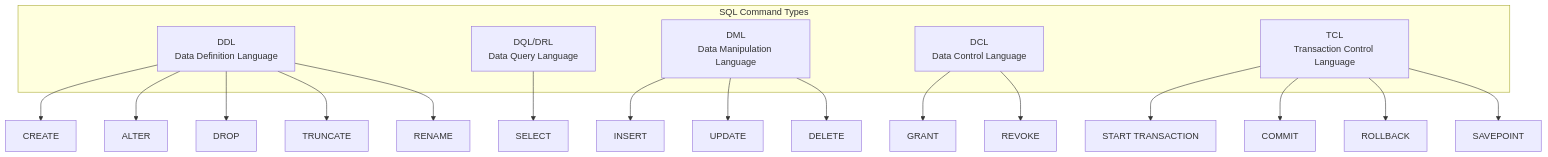
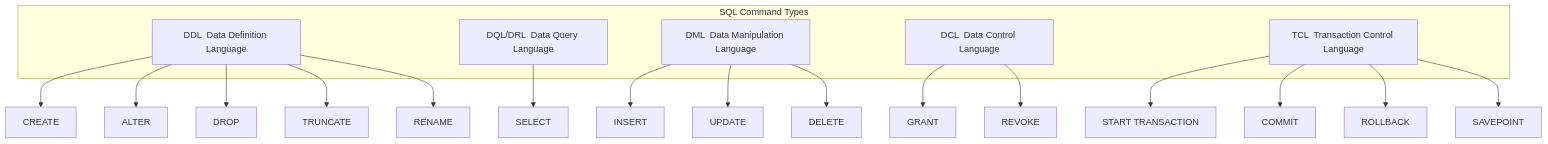
Before and after one commit to pentoshi007/prep: the first of 2 diagrams in SQL/readme.md, drawn with Mermaid. The commit also changed other lines of this file, not shown here.

````diff
--- a/SQL/readme.md
+++ b/SQL/readme.md
@@ -40,30 +40,30 @@
 ```mermaid
 flowchart TB
     subgraph SQL["SQL Command Types"]
-        DDL["DDL\nData Definition Language"]
-        DQL["DQL/DRL\nData Query Language"]
-        DML["DML\nData Manipulation Language"]
-        DCL["DCL\nData Control Language"]
-        TCL["TCL\nTransaction Control Language"]
+        DDL["DDL  Data Definition Language"]
+        DQL["DQL/DRL  Data Query Language"]
+        DML["DML  Data Manipulation Language"]
+        DCL["DCL  Data Control Language"]
+        TCL["TCL  Transaction Control Language"]
     end
 
     DDL --> CREATE["CREATE"]
     DDL --> ALTER["ALTER"]
     DDL --> DROP["DROP"]
     DDL --> TRUNCATE["TRUNCATE"]
     DDL --> RENAME["RENAME"]
 
     DQL --> SELECT["SELECT"]
 
     DML --> INSERT["INSERT"]
     DML --> UPDATE["UPDATE"]
     DML --> DELETE["DELETE"]
 
     DCL --> GRANT["GRANT"]
     DCL --> REVOKE["REVOKE"]
 
     TCL --> START["START TRANSACTION"]
     TCL --> COMMIT["COMMIT"]
     TCL --> ROLLBACK["ROLLBACK"]
     TCL --> SAVEPOINT["SAVEPOINT"]
 ```
````
